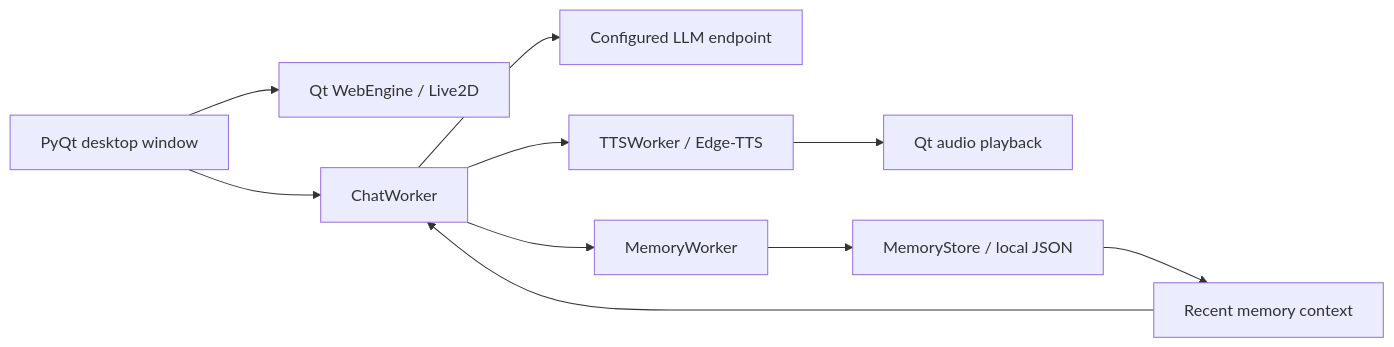
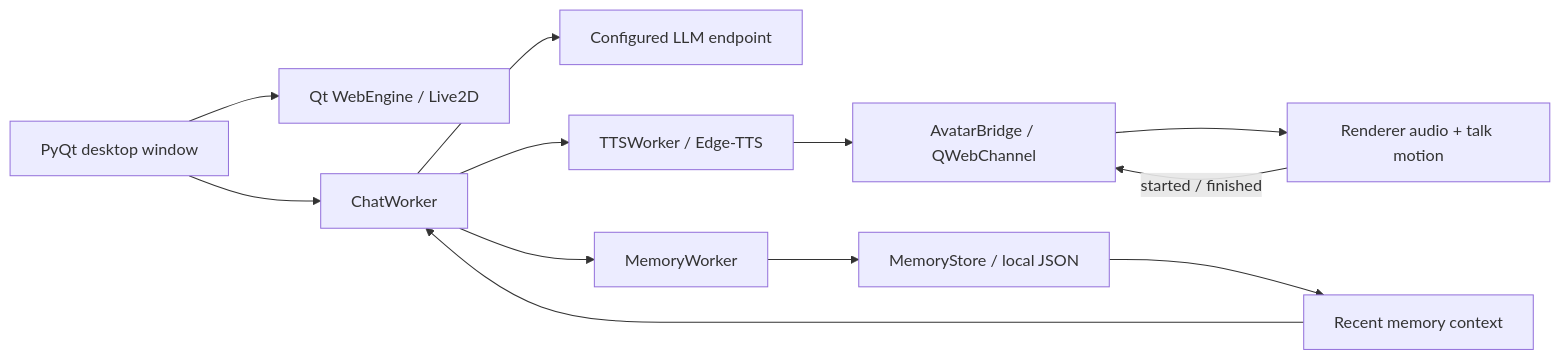
The diagram in README.md (Mike-stone12/ai-companion), drawn with Mermaid before and after one commit. The commit also changed other lines of this file and 3 other files, not shown here.

First line of the commit message:
feat: connect Python and the renderer over QWebChannel

````diff
--- a/README.md
+++ b/README.md
@@ -42,12 +42,14 @@
 ```mermaid
 flowchart LR
     UI["PyQt desktop window"] --> View["Qt WebEngine / Live2D"]
     UI --> Chat["ChatWorker"]
     Chat --> API["Configured LLM endpoint"]
     Chat --> TTS["TTSWorker / Edge-TTS"]
-    TTS --> Audio["Qt audio playback"]
+    TTS --> Bridge["AvatarBridge / QWebChannel"]
+    Bridge --> Audio["Renderer audio + talk motion"]
+    Audio -- "started / finished" --> Bridge
     Chat --> Memory["MemoryWorker"]
     Memory --> Store["MemoryStore / local JSON"]
     Store --> Context["Recent memory context"]
     Context --> Chat
 ```
````
